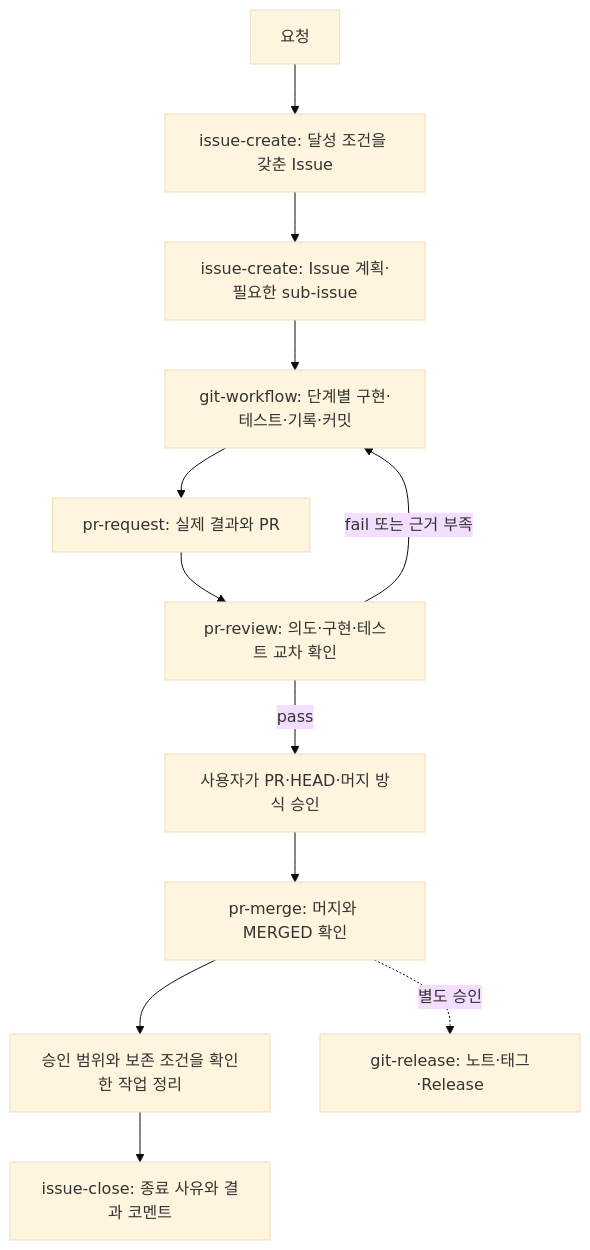
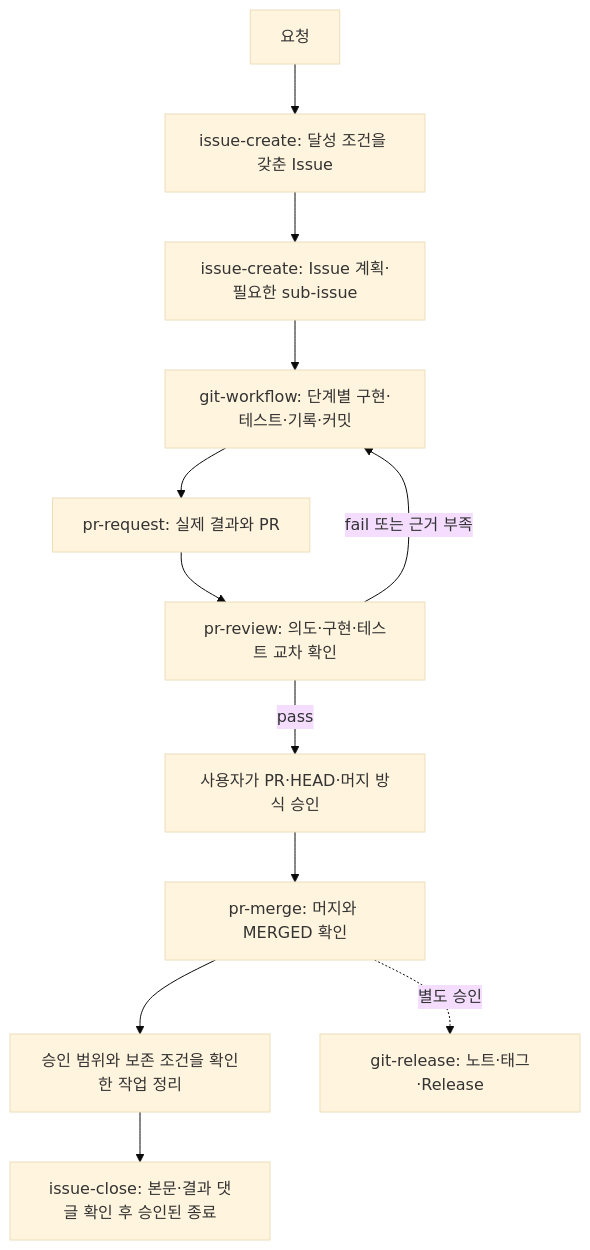
One commit to insung/git-workflow changed the diagram in README.ko.md. Above: the diagram before and after it, drawn with Mermaid (base theme). The commit also changed other lines of this file and 10 other files, not shown here.

First line of the commit message:
fix(issue-close): PR 참조와 종료 전 본문 갱신 분리

````diff
--- a/README.ko.md
+++ b/README.ko.md
@@ -43,14 +43,14 @@
 ```mermaid
 flowchart TD
     A[요청] --> B[issue-create: 달성 조건을 갖춘 Issue]
     B --> C[issue-create: Issue 계획·필요한 sub-issue]
     C --> D[git-workflow: 단계별 구현·테스트·기록·커밋]
     D --> E[pr-request: 실제 결과와 PR]
     E --> F[pr-review: 의도·구현·테스트 교차 확인]
     F -->|fail 또는 근거 부족| D
     F -->|pass| G[사용자가 PR·HEAD·머지 방식 승인]
     G --> H[pr-merge: 머지와 MERGED 확인]
     H --> J[승인 범위와 보존 조건을 확인한 작업 정리]
-    J --> K[issue-close: 종료 사유와 결과 코멘트]
+    J --> K[issue-close: 본문·결과 댓글 확인 후 승인된 종료]
     H -. 별도 승인 .-> I[git-release: 노트·태그·Release]
 ```
````
